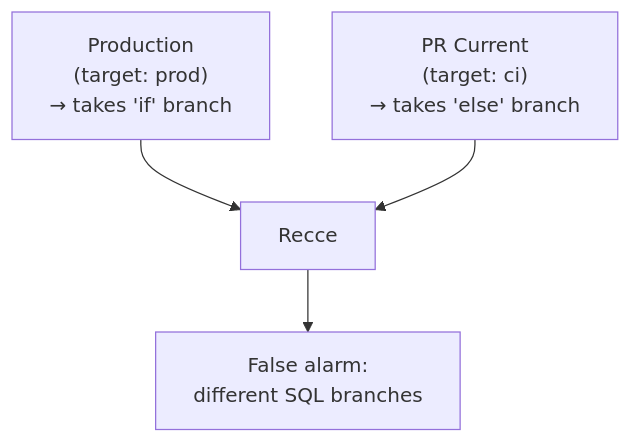
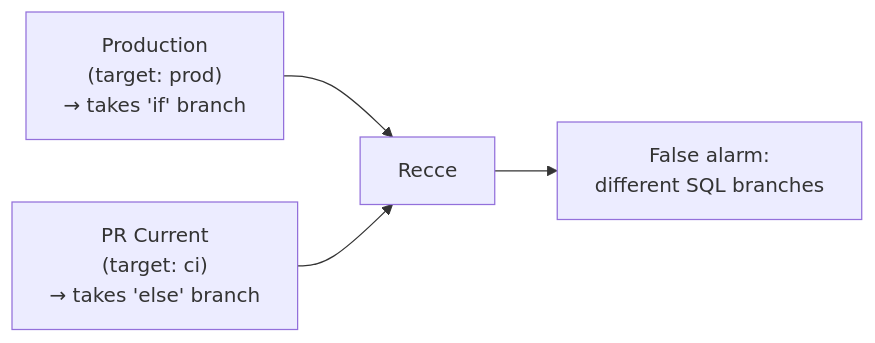
Before and after one commit to DataRecce/recce-docs: the first of 2 diagrams in docs/setup-guides/environment-advanced.md, drawn with Mermaid. The commit also changed other lines of this file, not shown here.

Commit message:
docs: use LR layout for mermaid diagrams

````diff
--- a/docs/setup-guides/environment-advanced.md
+++ b/docs/setup-guides/environment-advanced.md
@@ -79,6 +79,6 @@
 ```mermaid
-graph TD
+graph LR
     P1["Production<br/>(target: prod)<br/>→ takes 'if' branch"] --> R1["Recce"]
     C1["PR Current<br/>(target: ci)<br/>→ takes 'else' branch"] --> R1
     R1 --> FA["False alarm:<br/>different SQL branches"]
 ```
````
